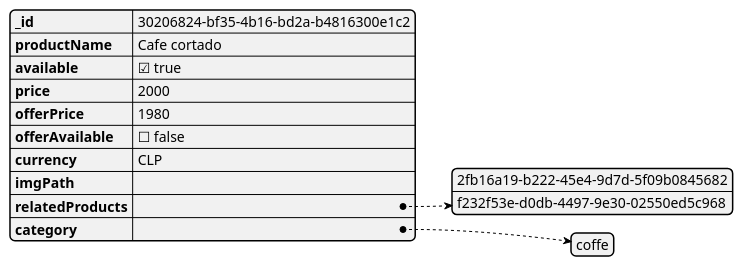
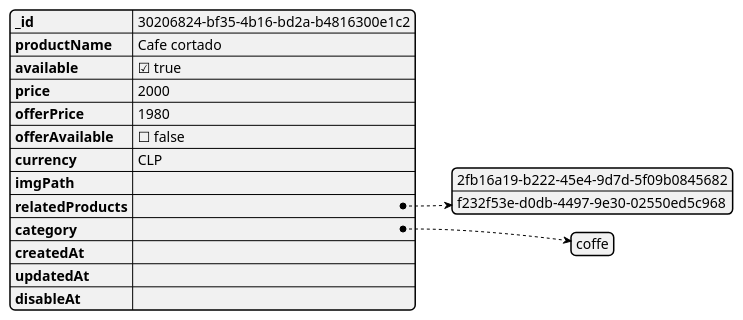
One commit to icc-dev/vc-project-architecture changed the diagram in plantuml/jsons/product.puml. Above: the diagram before and after it, drawn with PlantUML.

```diff
--- a/plantuml/jsons/product.puml
+++ b/plantuml/jsons/product.puml
@@ -1,14 +1,17 @@
 @startjson
 {
 "_id": "30206824-bf35-4b16-bd2a-b4816300e1c2",
 "productName": "Cafe cortado",
 "available": true,
 "price": 2000,
 "offerPrice": 1980,
 "offerAvailable": false,
 "currency": "CLP",
 "imgPath": "",
 "relatedProducts": ["2fb16a19-b222-45e4-9d7d-5f09b0845682", "f232f53e-d0db-4497-9e30-02550ed5c968"],
-"category": ["coffe"]
+"category": ["coffe"],
+"createdAt": "",
+"updatedAt": "",
+"disableAt": ""
 }
 @endjson
```
